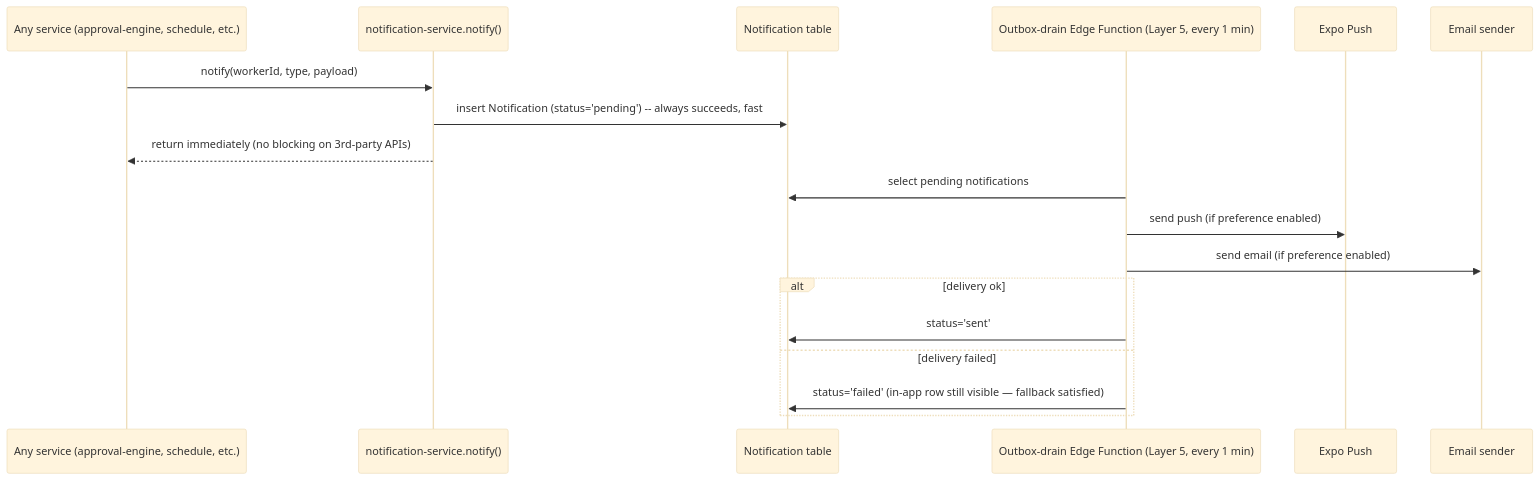
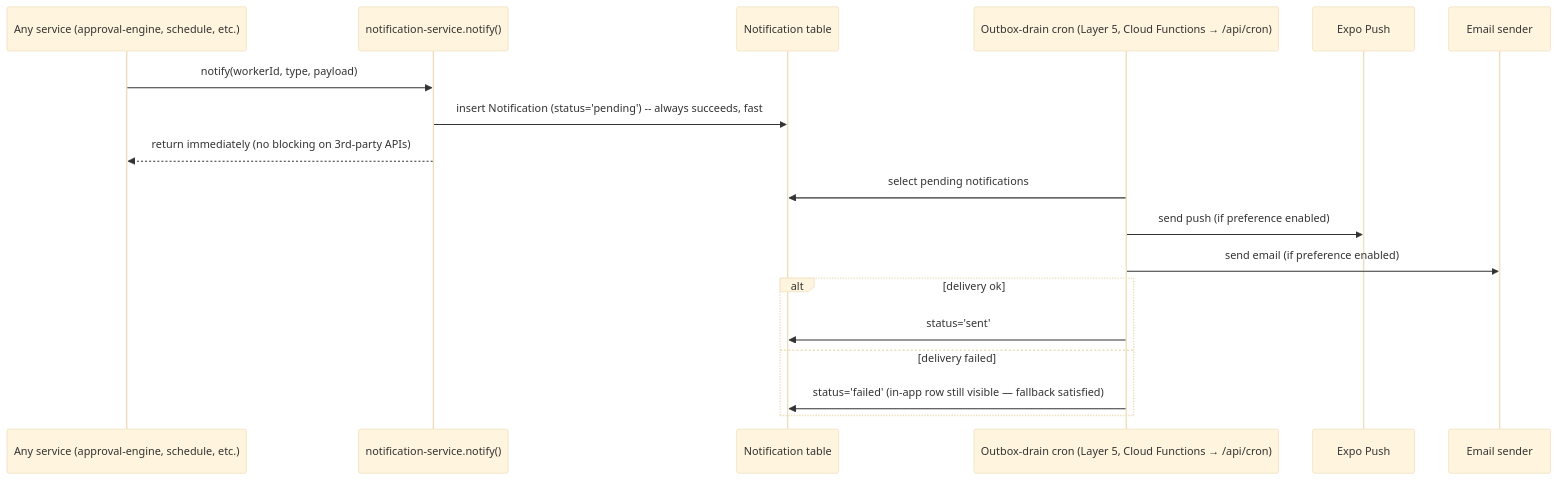
Before and after one commit to njcarlo/studio: the fifth of 9 diagrams in docs/PLATFORM_ARCHITECTURE.md, drawn with Mermaid (base theme). The commit also changed other lines of this file and 20 other files, not shown here.

First line of the commit message:
docs: align architecture, skills, and plans with Firebase stack

````diff
--- a/docs/PLATFORM_ARCHITECTURE.md
+++ b/docs/PLATFORM_ARCHITECTURE.md
@@ -230,22 +237,22 @@
 ```mermaid
 sequenceDiagram
     participant Caller as Any service (approval-engine, schedule, etc.)
     participant Notif as notification-service.notify()
     participant DB as Notification table
-    participant Cron as Outbox-drain Edge Function (Layer 5, every 1 min)
+    participant Cron as Outbox-drain cron (Layer 5, Cloud Functions → /api/cron)
     participant Push as Expo Push
     participant Email as Email sender
 
     Caller->>Notif: notify(workerId, type, payload)
     Notif->>DB: insert Notification (status='pending')  -- always succeeds, fast
     Notif-->>Caller: return immediately (no blocking on 3rd-party APIs)
 
     Cron->>DB: select pending notifications
     Cron->>Push: send push (if preference enabled)
     Cron->>Email: send email (if preference enabled)
     alt delivery ok
         Cron->>DB: status='sent'
     else delivery failed
         Cron->>DB: status='failed' (in-app row still visible — fallback satisfied)
     end
 ```
````
